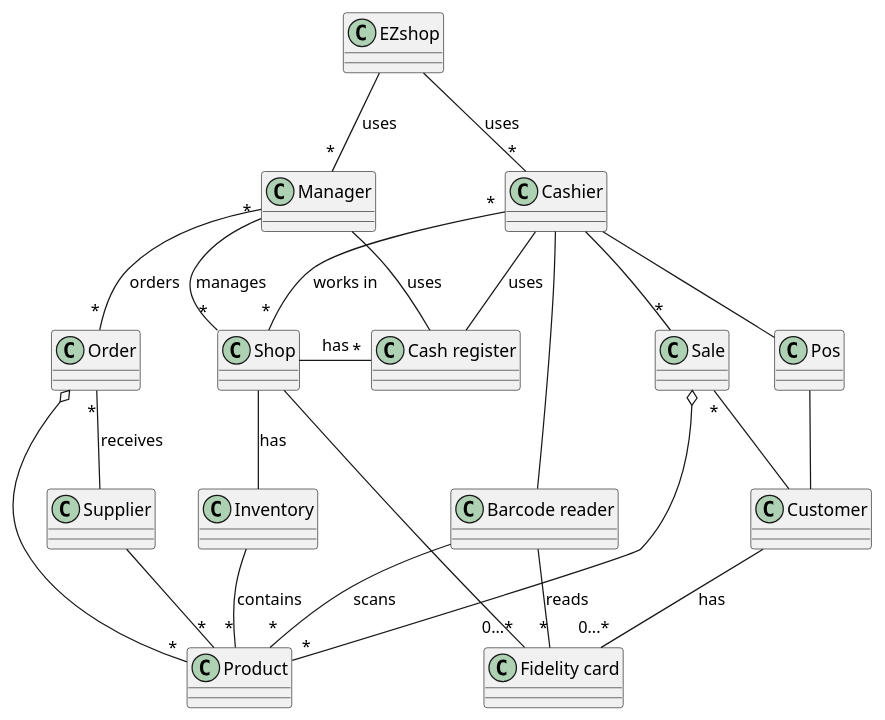
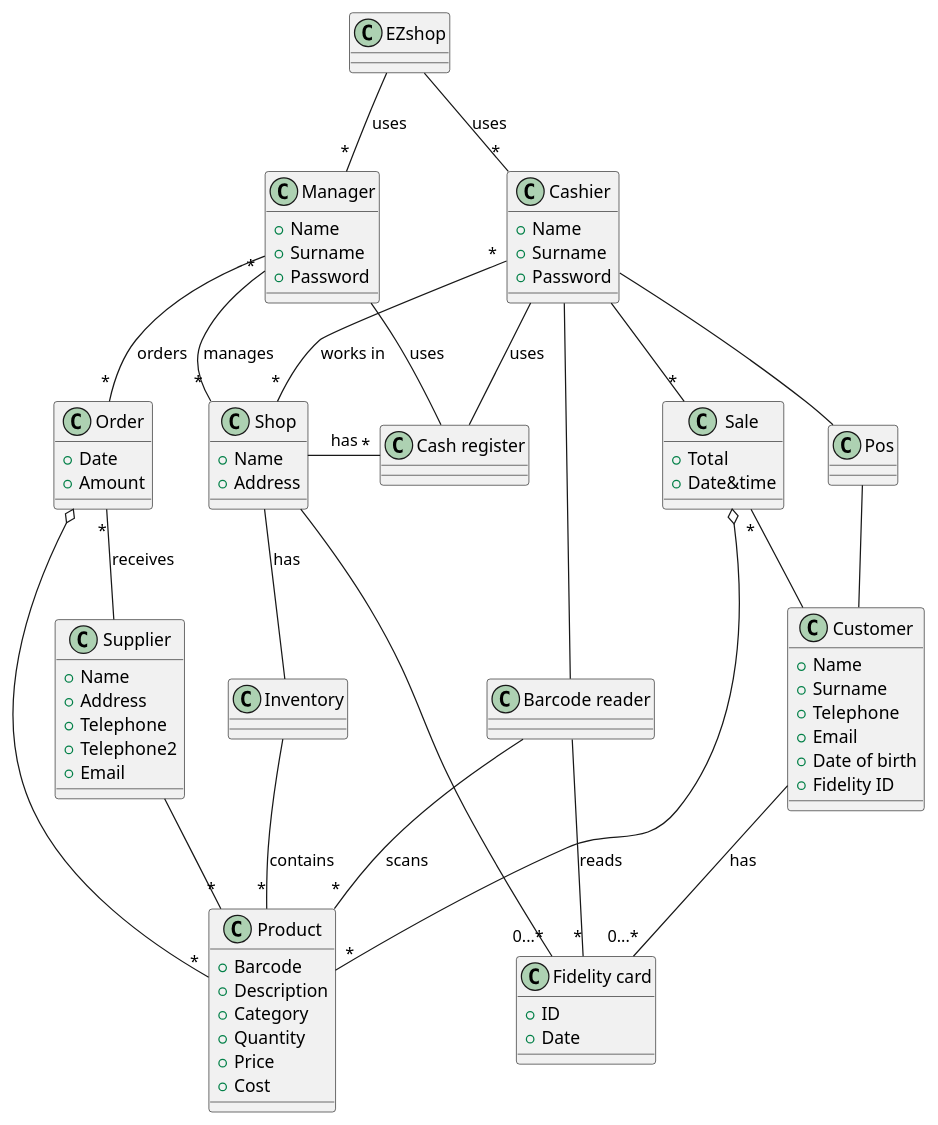
The third of 5 diagrams in Deliverables/RequirementsDocument.md (giuseppesalvi/ezshop), drawn with PlantUML before and after one commit.

Commit message:
Update RequirementsDocument.md with attributes of glossary

```diff
--- a/Deliverables/RequirementsDocument.md
+++ b/Deliverables/RequirementsDocument.md
@@ -630,24 +630,69 @@
 class EZshop{}
 
 class Manager{
++Name
++Surname
++Password
 }
+
 class Cashier{
++Name
++Surname
++Password
+}
+
+class Shop{
++Name
++Address
+}
+
+class Inventory{}
+class Product{
++Barcode
++Description
++Category
++Quantity
++Price
++Cost
+}
+
+class Customer{
++Name
++Surname
++Telephone
++Email
++Date of birth
++Fidelity ID
+}
+
+class "Fidelity card"{
++ID
++Date
+}
+
+class Sale{
++Total
++Date&time
 
 }
-class Shop{
 
+class Supplier{
++Name
++Address
++Telephone
++Telephone2
++Email
 }
-class Inventory{}
-class Product{}
-class Customer{
 
+class Order{
++Date
++Amount
 }
-class "Fidelity card"{}
-class Sale{}
-class Supplier{}
-class Order{}
+
 class "Cash register"{}
+
 class Pos{}
+
 class "Barcode reader"{}
 
 
```
